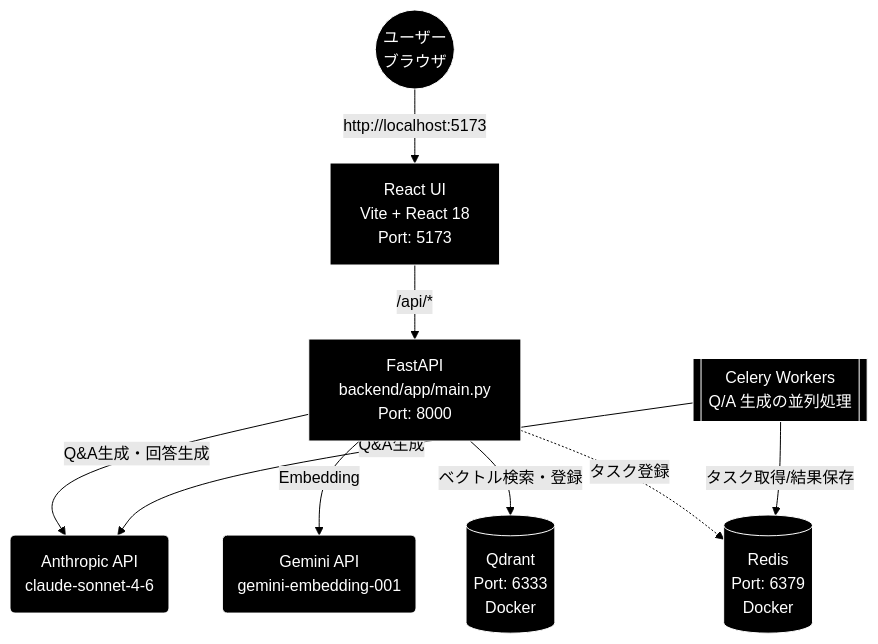
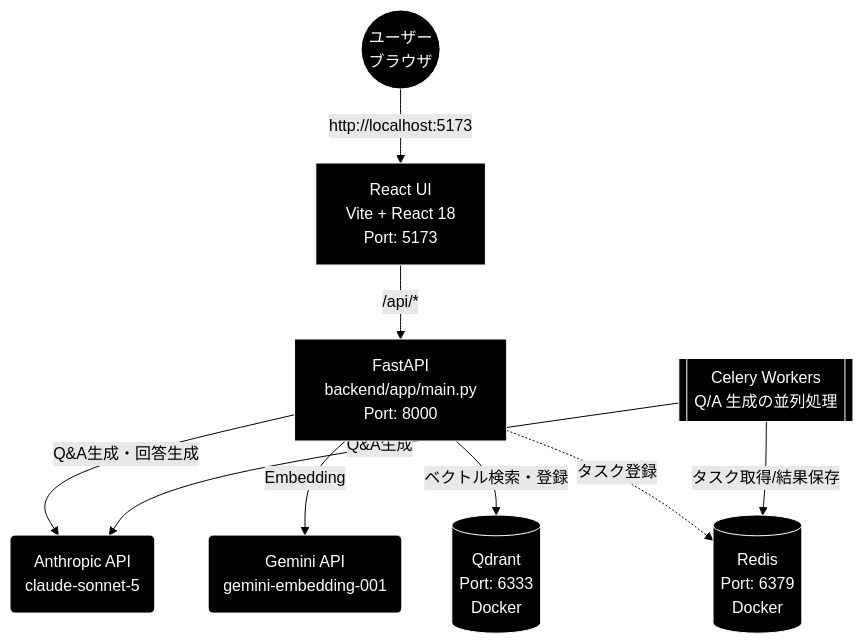
The diagram in qa_qdrant/docs/01_install.md (nakashima2toshio/grace_v2), drawn with Mermaid (forest theme) before and after one commit. The commit also changed other lines of this file and 6 other files, not shown here.

````diff
--- a/qa_qdrant/docs/01_install.md
+++ b/qa_qdrant/docs/01_install.md
@@ -76,15 +76,15 @@
 ```mermaid
 graph TD
     User((ユーザー<br>ブラウザ)) -->|http://localhost:5173| React[React UI<br>Vite + React 18<br>Port: 5173]
     React -->|/api/*| API[FastAPI<br>backend/app/main.py<br>Port: 8000]
-    API -->|Q&A生成・回答生成| Anthropic(Anthropic API<br>claude-sonnet-4-6)
+    API -->|Q&A生成・回答生成| Anthropic(Anthropic API<br>claude-sonnet-5)
     API -->|Embedding| Gemini(Gemini API<br>gemini-embedding-001)
     API -->|ベクトル検索・登録| Qdrant[(Qdrant<br>Port: 6333<br>Docker)]
     API -.->|タスク登録| Redis[(Redis<br>Port: 6379<br>Docker)]
     Celery[[Celery Workers<br>Q/A 生成の並列処理]]
     Celery -->|タスク取得/結果保存| Redis
     Celery -->|Q&A生成| Anthropic
 classDef default fill:#000,stroke:#fff,color:#fff
 classDef subgraphStyle fill:#1a1a1a,stroke:#fff,color:#fff
 class User,React,API,Anthropic,Gemini,Qdrant,Redis,Celery default
 ```
````
